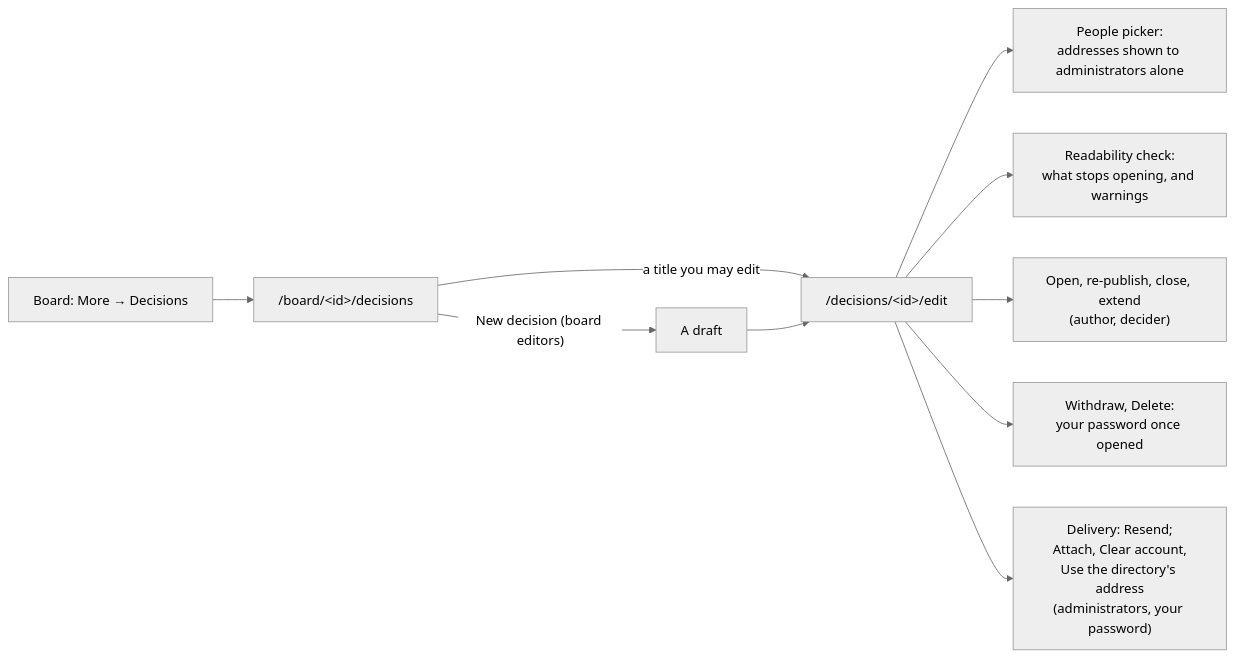
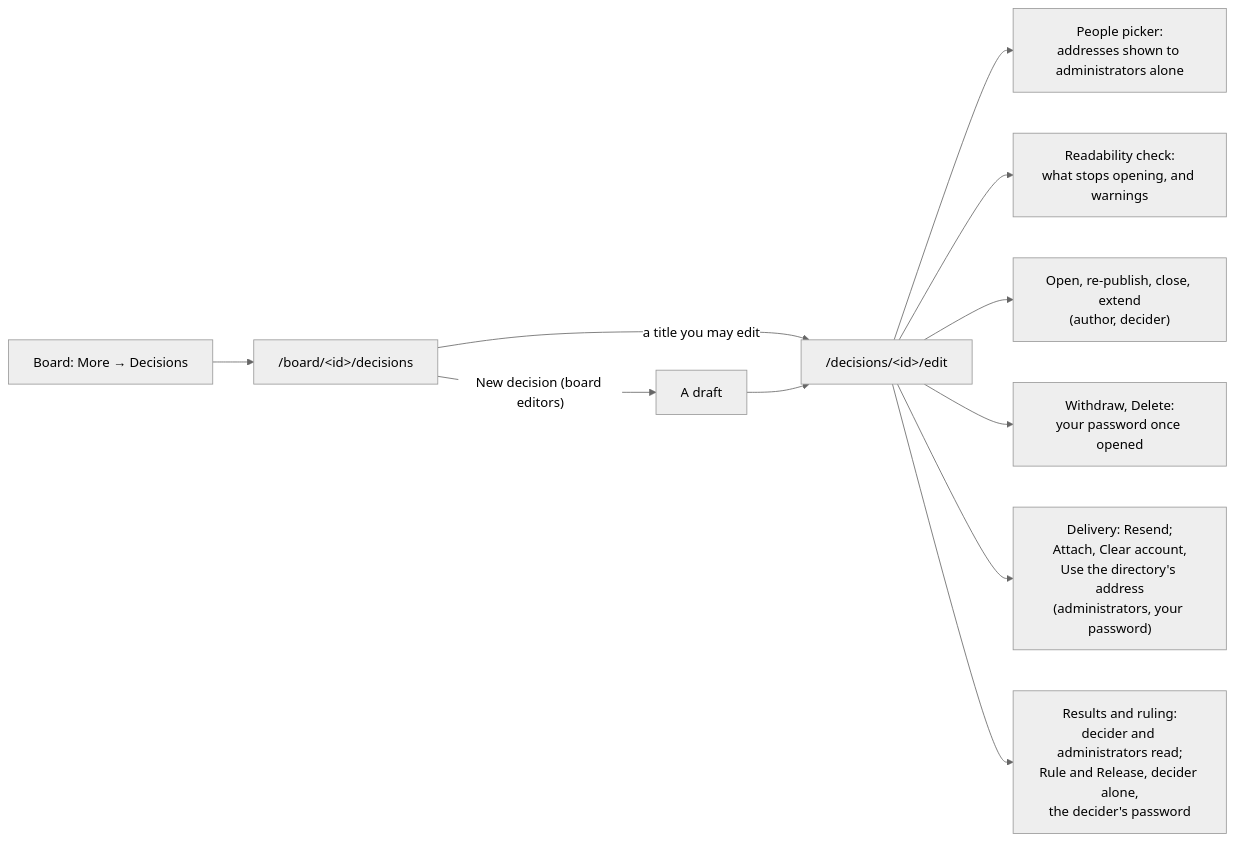
One commit to gitBoon/DumpFire changed the tenth of 16 diagrams in docs/admin-guide.md. Above: the diagram before and after it, drawn with Mermaid (neutral theme). The commit also changed other lines of this file and 66 other files, not shown here.

````diff
--- a/docs/admin-guide.md
+++ b/docs/admin-guide.md
@@ -481,12 +482,13 @@
 ```mermaid
 flowchart LR
     Board["Board: More → Decisions"] --> List["/board/&lt;id&gt;/decisions"]
     List -->|"New decision (board editors)"| Draft["A draft"]
     List -->|"a title you may edit"| Editor["/decisions/&lt;id&gt;/edit"]
     Draft --> Editor
     Editor --> Picker["People picker:<br/>addresses shown to administrators alone"]
     Editor --> Ready["Readability check:<br/>what stops opening, and warnings"]
     Editor --> Open["Open, re-publish, close, extend<br/>(author, decider)"]
     Editor --> Ends["Withdraw, Delete:<br/>your password once opened"]
     Editor --> Delivery["Delivery: Resend;<br/>Attach, Clear account,<br/>Use the directory's address<br/>(administrators, your password)"]
+    Editor --> Results["Results and ruling:<br/>decider and administrators read;<br/>Rule and Release, decider alone,<br/>the decider's password"]
 ```
````
